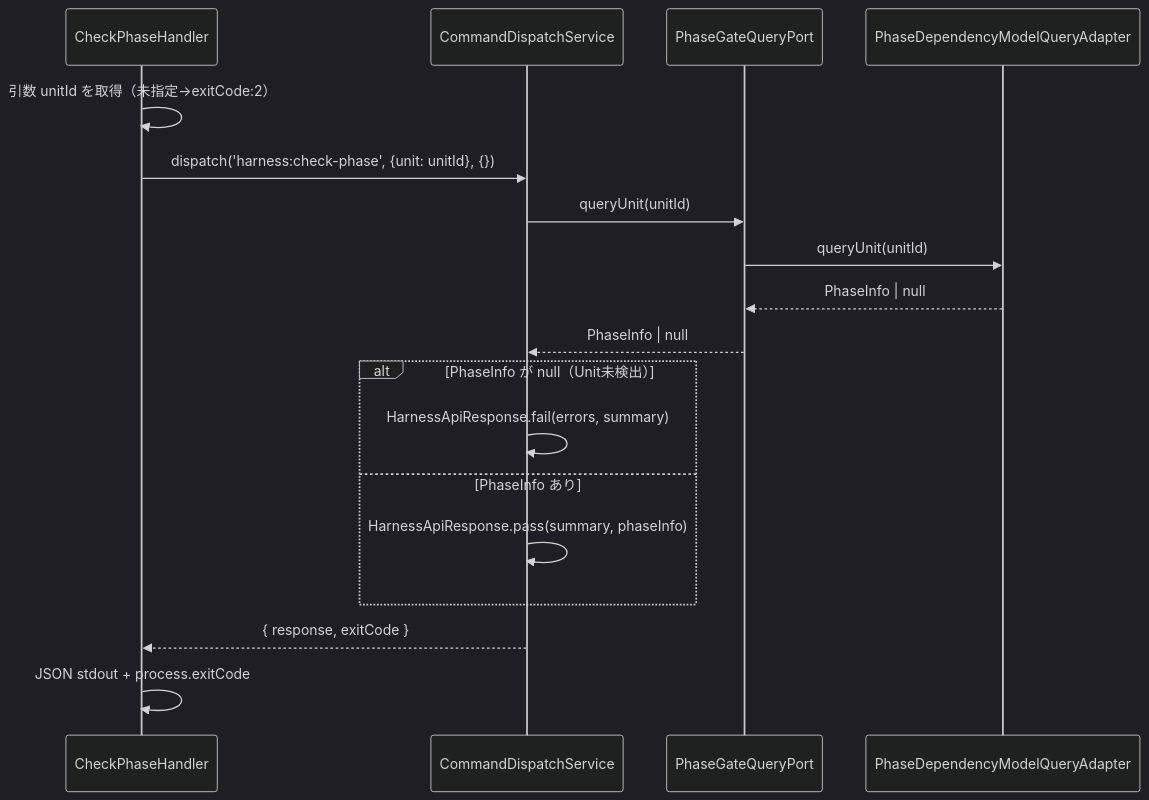
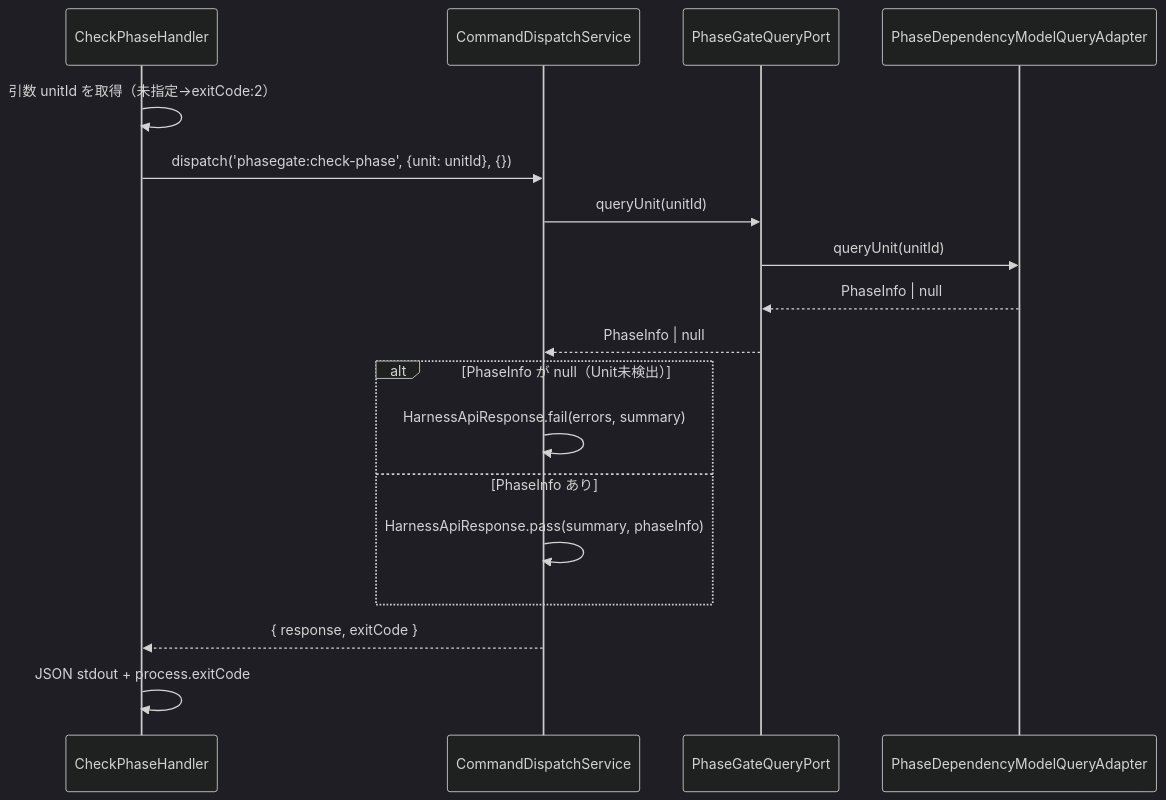
One commit to junpei-9898/phasegate changed the fourth of 10 diagrams in docs/product/construction/harness-api/logical_design.md. Above: the diagram before and after it, drawn with Mermaid (dark theme). The commit also changed other lines of this file and 181 other files, not shown here.

First line of the commit message:
feat: v0.16.0 — CLI コマンド名を harness から phasegate にリネーム

````diff
--- a/docs/product/construction/harness-api/logical_design.md
+++ b/docs/product/construction/harness-api/logical_design.md
@@ -1409,21 +1409,21 @@
 ```mermaid
 sequenceDiagram
     participant Handler as CheckPhaseHandler
     participant DispatchSvc as CommandDispatchService
     participant Port as PhaseGateQueryPort
     participant Adapter as PhaseDependencyModelQueryAdapter
 
     Handler->>Handler: 引数 unitId を取得（未指定→exitCode:2）
-    Handler->>DispatchSvc: dispatch('harness:check-phase', {unit: unitId}, {})
+    Handler->>DispatchSvc: dispatch('phasegate:check-phase', {unit: unitId}, {})
     DispatchSvc->>Port: queryUnit(unitId)
     Port->>Adapter: queryUnit(unitId)
     Adapter-->>Port: PhaseInfo | null
     Port-->>DispatchSvc: PhaseInfo | null
     alt PhaseInfo が null（Unit未検出）
         DispatchSvc->>DispatchSvc: HarnessApiResponse.fail(errors, summary)
     else PhaseInfo あり
         DispatchSvc->>DispatchSvc: HarnessApiResponse.pass(summary, phaseInfo)
     end
     DispatchSvc-->>Handler: { response, exitCode }
     Handler->>Handler: JSON stdout + process.exitCode
 ```
````
